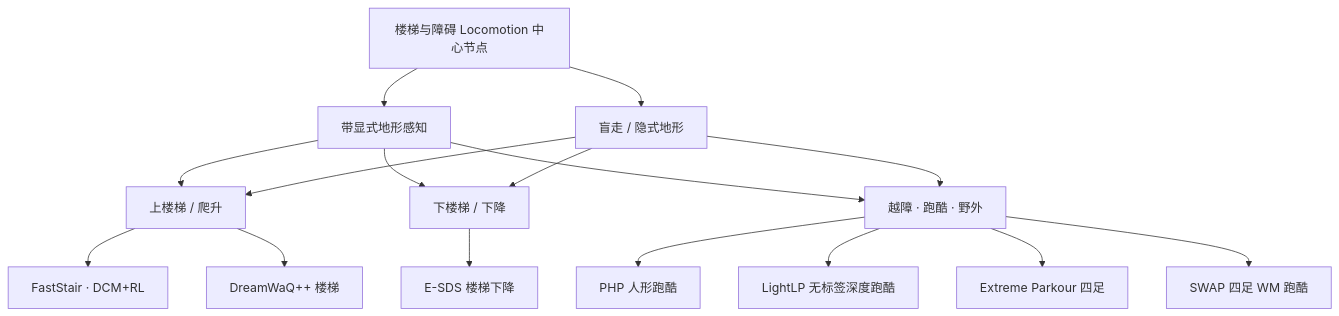
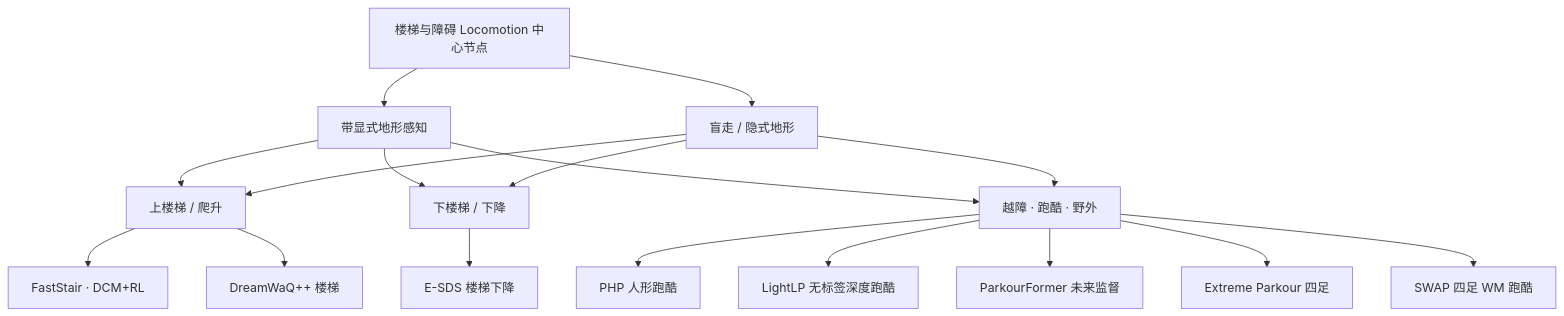
The diagram in wiki/tasks/stair-obstacle-perceptive-locomotion.md (ImChong/Robotics_Notebooks), drawn with Mermaid before and after one commit. The commit also changed other lines of this file and 24 other files, not shown here.

Commit message:
[2026-08-16] ingest | sources/papers/parkourformer_arxiv_2605_25782.md — 接入 ParkourFormer 未来监督人形跑酷并同步全站索引

````diff
--- a/wiki/tasks/stair-obstacle-perceptive-locomotion.md
+++ b/wiki/tasks/stair-obstacle-perceptive-locomotion.md
@@ -92,19 +93,20 @@
 ```mermaid
 flowchart TB
   H["楼梯与障碍 Locomotion 中心节点"]
   H --> P["带显式地形感知"]
   H --> B["盲走 / 隐式地形"]
   P --> SU["上楼梯 / 爬升"]
   P --> SD["下楼梯 / 下降"]
   P --> OB["越障 · 跑酷 · 野外"]
   B --> SU
   B --> SD
   B --> OB
   SU --> FS["FastStair · DCM+RL"]
   SU --> DW["DreamWaQ++ 楼梯"]
   SD --> ES["E-SDS 楼梯下降"]
   OB --> PHP["PHP 人形跑酷"]
   OB --> LLP["LightLP 无标签深度跑酷"]
+  OB --> PF["ParkourFormer 未来监督"]
   OB --> EP["Extreme Parkour 四足"]
   OB --> SWAP["SWAP 四足 WM 跑酷"]
 ```
````
